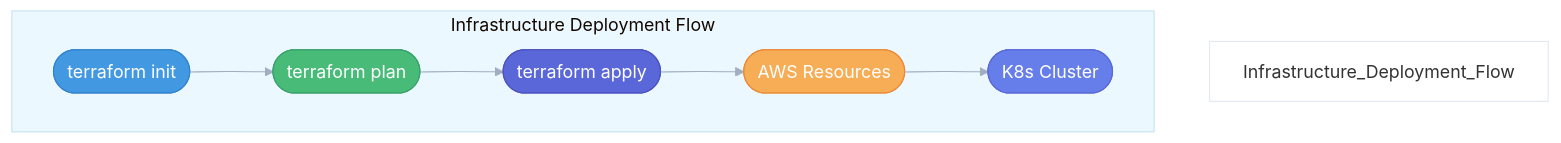
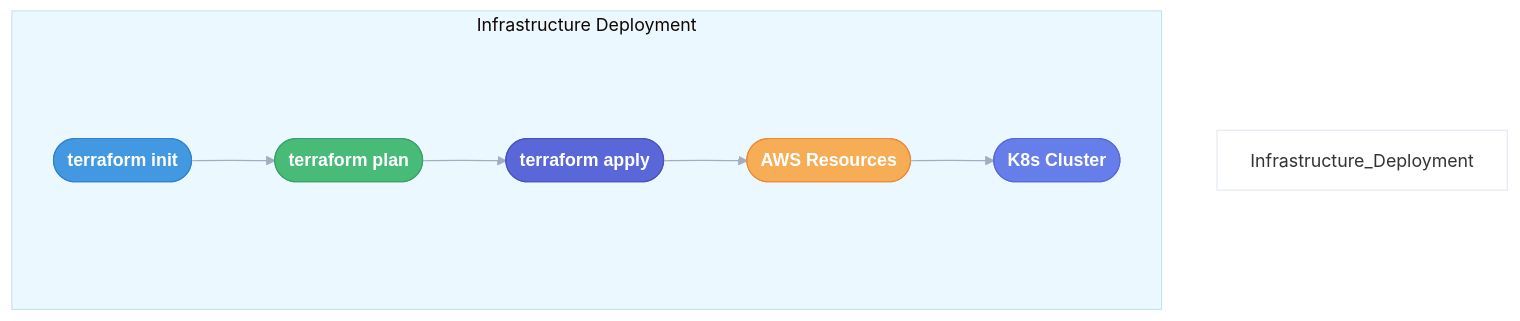
Before and after one commit to DanorSODA/Devops-Course-Final-Project: the second of 5 diagrams in README.md, drawn with Mermaid. The commit also changed other lines of this file, not shown here.

````diff
--- a/README.md
+++ b/README.md
@@ -70,17 +85,33 @@
 ```mermaid
-%%{init: {'theme': 'base', 'themeVariables': { 'primaryColor': '#4299e1', 'edgeLabelBackground':'#ffffff', 'tertiaryColor': '#ebf8ff', 'lineColor': '#a0aec0'}}}%%
+%%{init: {
+  'theme': 'base',
+  'themeVariables': {
+    'primaryColor': '#4299e1',
+    'edgeLabelBackground':'#ffffff',
+    'tertiaryColor': '#ebf8ff',
+    'lineColor': '#a0aec0',
+    'fontFamily': 'arial',
+    'fontSize': '16px'
+  }
+}}%%
 graph TD
-    subgraph "Infrastructure Deployment Flow"
-        style Infrastructure_Deployment_Flow fill:#ffffff,stroke:#e2e8f0
+    subgraph "Infrastructure Deployment"
+        style Infrastructure_Deployment fill:#ffffff,stroke:#e2e8f0
+
+        space1[ ]:::invisible
+
         A([terraform init]):::init --> B([terraform plan]):::plan
         B --> C([terraform apply]):::apply
         C --> D([AWS Resources]):::aws
         D --> E([K8s Cluster]):::k8s
+
+        space2[ ]:::invisible
     end
 
-    classDef init fill:#4299e1,stroke:#3182ce,color:#fff
-    classDef plan fill:#48bb78,stroke:#38a169,color:#fff
-    classDef apply fill:#5a67d8,stroke:#4c51bf,color:#fff
-    classDef aws fill:#f6ad55,stroke:#ed8936,color:#fff
-    classDef k8s fill:#667eea,stroke:#5a67d8,color:#fff
+    classDef init fill:#4299e1,stroke:#3182ce,color:#fff,font-family:arial,font-weight:bold
+    classDef plan fill:#48bb78,stroke:#38a169,color:#fff,font-family:arial,font-weight:bold
+    classDef apply fill:#5a67d8,stroke:#4c51bf,color:#fff,font-family:arial,font-weight:bold
+    classDef aws fill:#f6ad55,stroke:#ed8936,color:#fff,font-family:arial,font-weight:bold
+    classDef k8s fill:#667eea,stroke:#5a67d8,color:#fff,font-family:arial,font-weight:bold
+    classDef invisible fill:none,stroke:none
 ```
````
